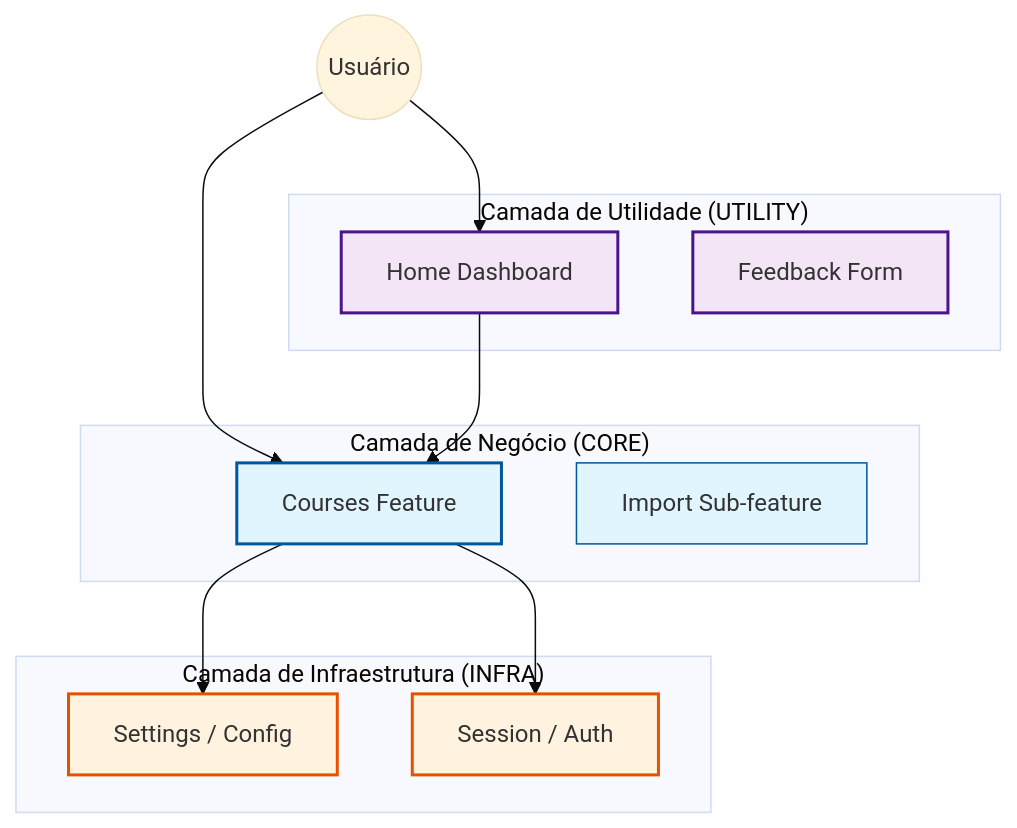
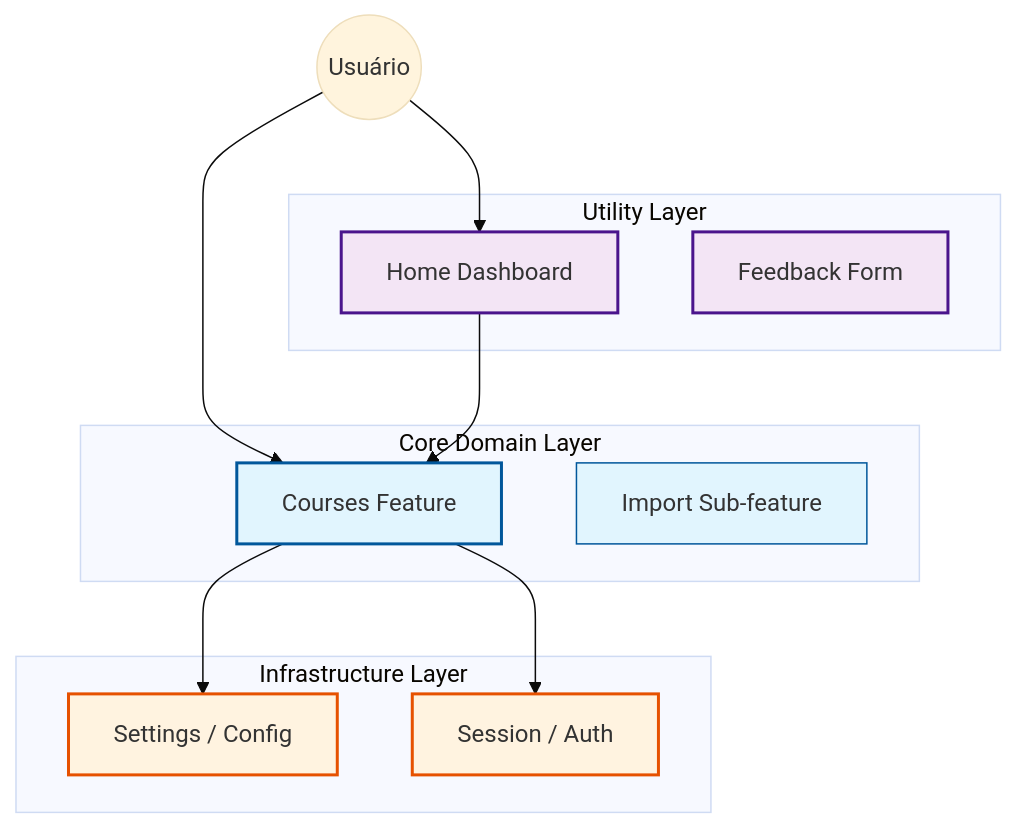
The diagram in features/README.md (Gerson-Santiago/extensaoUNIVESP), drawn with Mermaid (base theme) before and after one commit. The commit also changed other lines of this file, not shown here.

````diff
--- a/features/README.md
+++ b/features/README.md
@@ -20,33 +13,33 @@
 ```mermaid
 graph TD
     User((Usuário))
     
-    subgraph "Camada de Utilidade (UTILITY)"
+    subgraph "Utility Layer"
         Home[Home Dashboard]
         Feedback[Feedback Form]
     end
     
-    subgraph "Camada de Negócio (CORE)"
+    subgraph "Core Domain Layer"
         Courses[Courses Feature]
         Import[Import Sub-feature]
     end
     
-    subgraph "Camada de Infraestrutura (INFRA)"
+    subgraph "Infrastructure Layer"
         Settings[Settings / Config]
         Session[Session / Auth]
     end
 
     User --> Home
     User --> Courses
     
     Home --> Courses
     Courses --> Session
     Courses --> Settings
     
     style Courses fill:#e1f5fe,stroke:#01579b,stroke-width:2px
     style Import fill:#e1f5fe,stroke:#01579b,stroke-width:1px
     style Session fill:#fff3e0,stroke:#e65100,stroke-width:2px
     style Settings fill:#fff3e0,stroke:#e65100,stroke-width:2px
     style Home fill:#f3e5f5,stroke:#4a148c,stroke-width:2px
     style Feedback fill:#f3e5f5,stroke:#4a148c,stroke-width:2px
 ```
````
